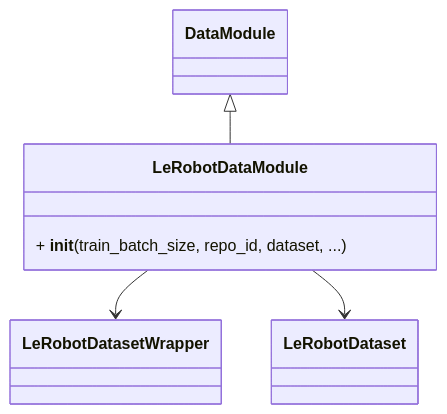
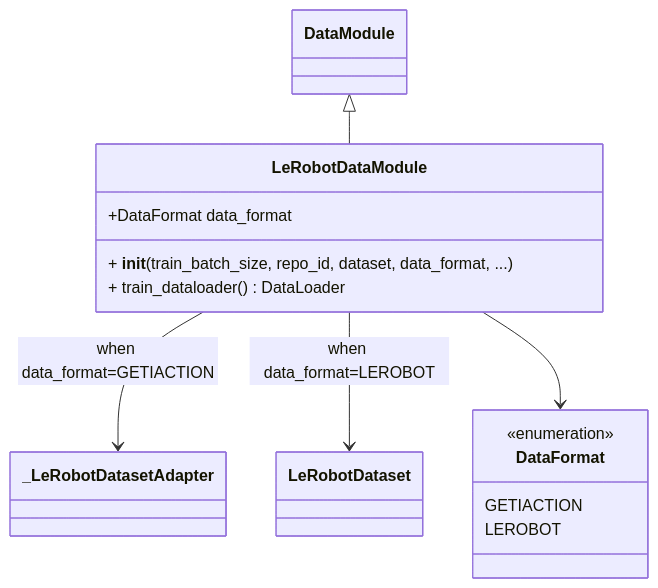
Before and after one commit to open-edge-platform/physical-ai-studio: the third of 3 diagrams in library/docs/design/data/lerobot.md, drawn with Mermaid. The commit also changed other lines of this file and 11 other files, not shown here.

First line of the commit message:
refactor: Modularize LeRobot data integration into package structure

````diff
--- a/library/docs/design/data/lerobot.md
+++ b/library/docs/design/data/lerobot.md
@@ -56,14 +139,22 @@
 ```mermaid
 classDiagram
     class DataModule
-    class LeRobotDatasetWrapper
+    class _LeRobotDatasetAdapter
     class LeRobotDataset
+    class DataFormat {
+        <<enumeration>>
+        GETIACTION
+        LEROBOT
+    }
 
     class LeRobotDataModule {
-        + __init__(train_batch_size, repo_id, dataset, ...)
+        +DataFormat data_format
+        + __init__(train_batch_size, repo_id, dataset, data_format, ...)
+        + train_dataloader() DataLoader
     }
 
     DataModule <|-- LeRobotDataModule
-    LeRobotDataModule --> LeRobotDatasetWrapper
-    LeRobotDataModule --> LeRobotDataset
+    LeRobotDataModule --> _LeRobotDatasetAdapter: when data_format=GETIACTION
+    LeRobotDataModule --> LeRobotDataset: when data_format=LEROBOT
+    LeRobotDataModule --> DataFormat
 ```
````
